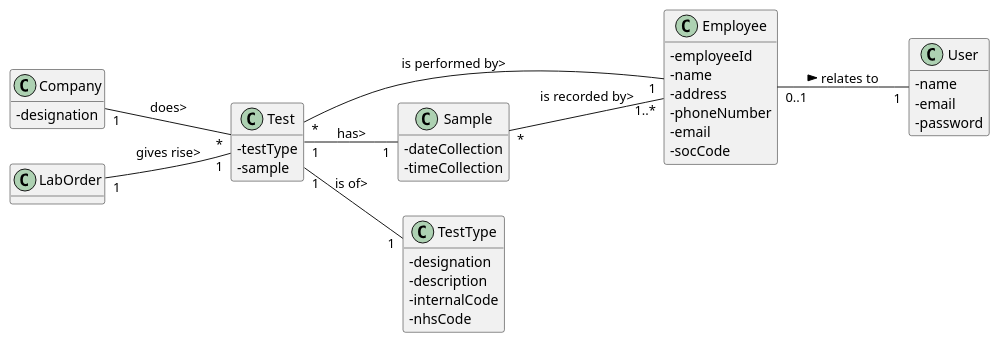
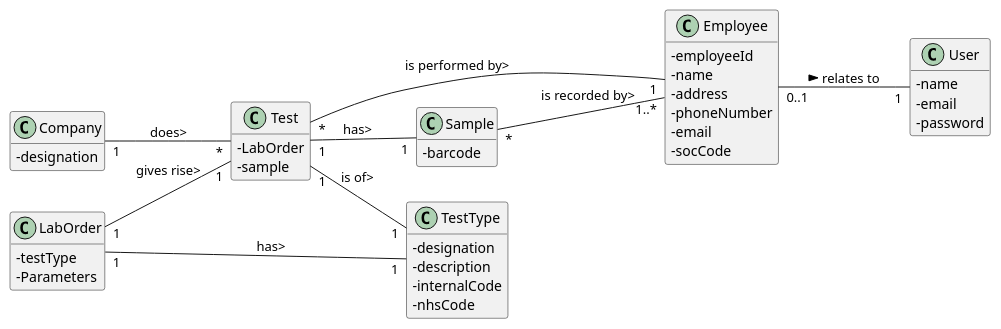
One commit to Pedromaia26/LAPR2-ISEP changed the diagram in docs/SprintC/US5_RecordTheSample/US005_MD.puml. Above: the diagram before and after it, drawn with PlantUML. The commit also changed 10 other files, not shown here.

```diff
--- a/docs/SprintC/US5_RecordTheSample/US005_MD.puml
+++ b/docs/SprintC/US5_RecordTheSample/US005_MD.puml
@@ -1,54 +1,58 @@
 @startuml
 hide methods
 left to right direction
 skinparam classAttributeIconSize 0
 
 
 class Company {
   -designation
 }
 
 class Employee {
   -employeeId
   -name
   -address
   -phoneNumber
   -email
   -socCode
 }
 
 
 
 class User{
   -name
   -email
   -password
 }
 
 class Test{
-
--testType
+-LabOrder
 -sample
 }
 
 class Sample{
 
--dateCollection
--timeCollection
+-barcode
 }
+
 class TestType{
 -designation
 -description
 -internalCode
 -nhsCode
 }
-
+class LabOrder{
+-testType
+-Parameters
+}
 
 Company "1" -- "*" Test: does>
 Test "1" -- "1" Sample : has>
 Test "*" -- "1" Employee : is performed by>
 Test "1" -- "1" TestType : is of>
 Employee "0..1" -- "1" User: relates to >
 Sample "*" -- "1..*" Employee : is recorded by>
 LabOrder "1" -- "1" Test : gives rise>
+
+LabOrder "1" -- "1" TestType : has>
 @enduml
```
